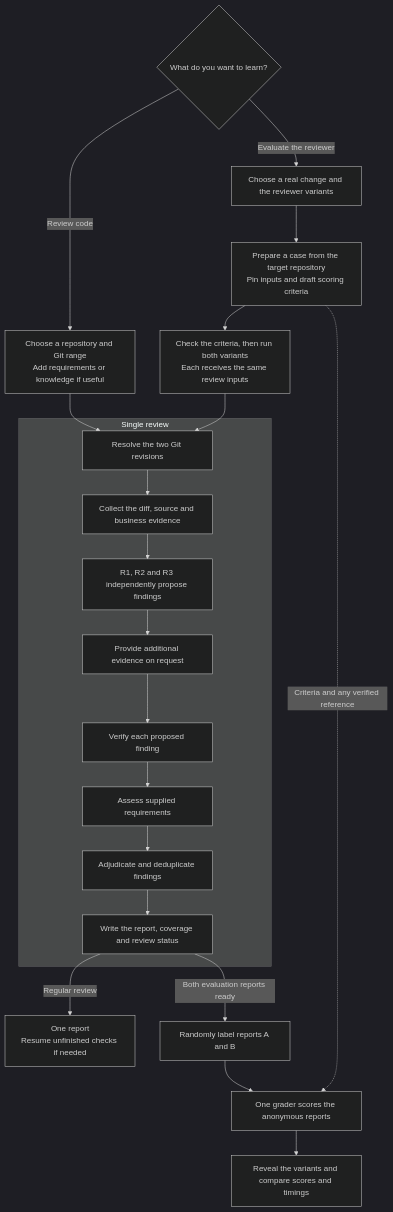
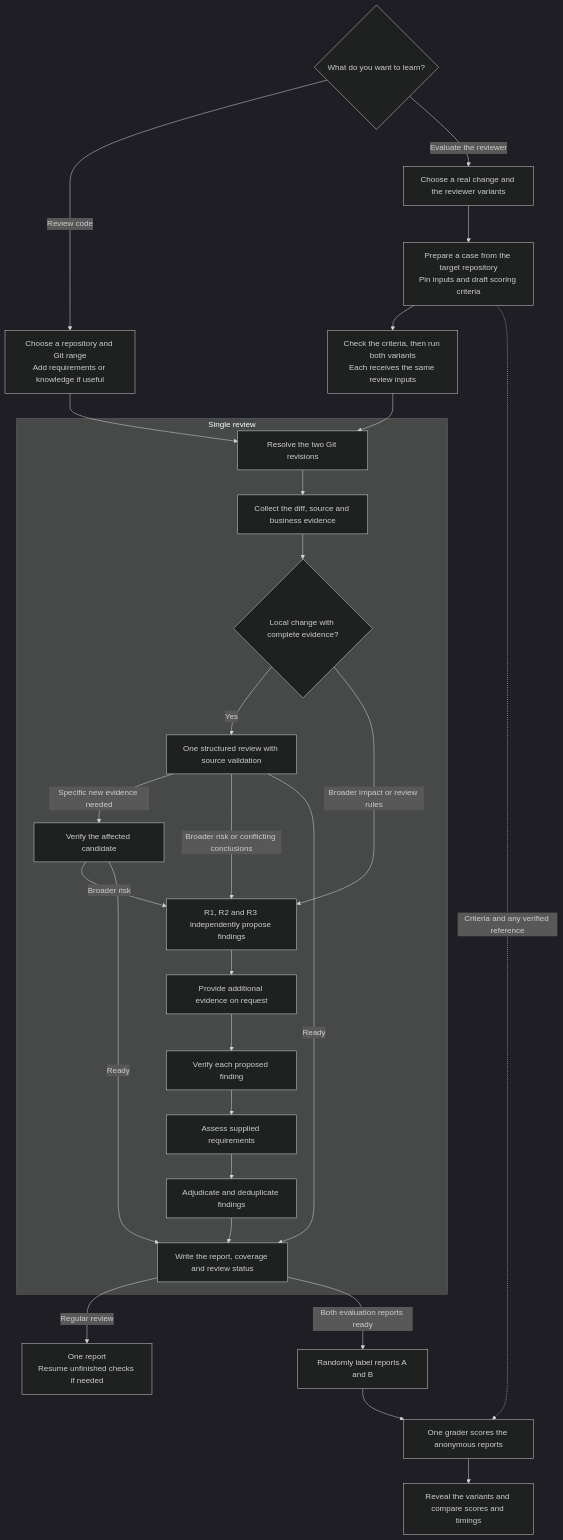
One commit to graham-gc/repo-aware-reviewer changed the diagram in README.md. Above: the diagram before and after it, drawn with Mermaid (dark theme). The commit also changed other lines of this file and 33 other files, not shown here.

Commit message:
feat: route local changes through adaptive review

````diff
--- a/README.md
+++ b/README.md
@@ -42,26 +42,33 @@
 ```mermaid
 flowchart TD
     S{"What do you want to learn?"}
     S -->|Review code| R["Choose a repository and Git range<br/>Add requirements or knowledge if useful"]
     S -->|Evaluate the reviewer| E["Choose a real change and the reviewer variants"]
     E --> C["Prepare a case from the target repository<br/>Pin inputs and draft scoring criteria"]
     C --> B["Check the criteria, then run both variants<br/>Each receives the same review inputs"]
 
     subgraph REVIEW["Single review"]
         P1["Resolve the two Git revisions"] --> P2["Collect the diff, source and business evidence"]
-        P2 --> P3["R1, R2 and R3 independently propose findings"]
+        P2 --> Q{"Local change with complete evidence?"}
+        Q -->|Yes| L["One structured review with source validation"]
+        Q -->|Broader impact or review rules| P3["R1, R2 and R3 independently propose findings"]
+        L -->|Specific new evidence needed| T["Verify the affected candidate"]
+        L -->|Broader risk or conflicting conclusions| P3
+        T -->|Broader risk| P3
+        L -->|Ready| P8
+        T -->|Ready| P8
         P3 --> P4["Provide additional evidence on request"]
         P4 --> P5["Verify each proposed finding"]
         P5 --> P6["Assess supplied requirements"]
         P6 --> P7["Adjudicate and deduplicate findings"]
         P7 --> P8["Write the report, coverage and review status"]
     end
 
     R --> P1
     B --> P1
     P8 -->|Regular review| O["One report<br/>Resume unfinished checks if needed"]
     P8 -->|Both evaluation reports ready| A["Randomly label reports A and B"]
     C -.->|Criteria and any verified reference| J["One grader scores the anonymous reports"]
     A --> J
     J --> D["Reveal the variants and compare scores and timings"]
 ```
````
